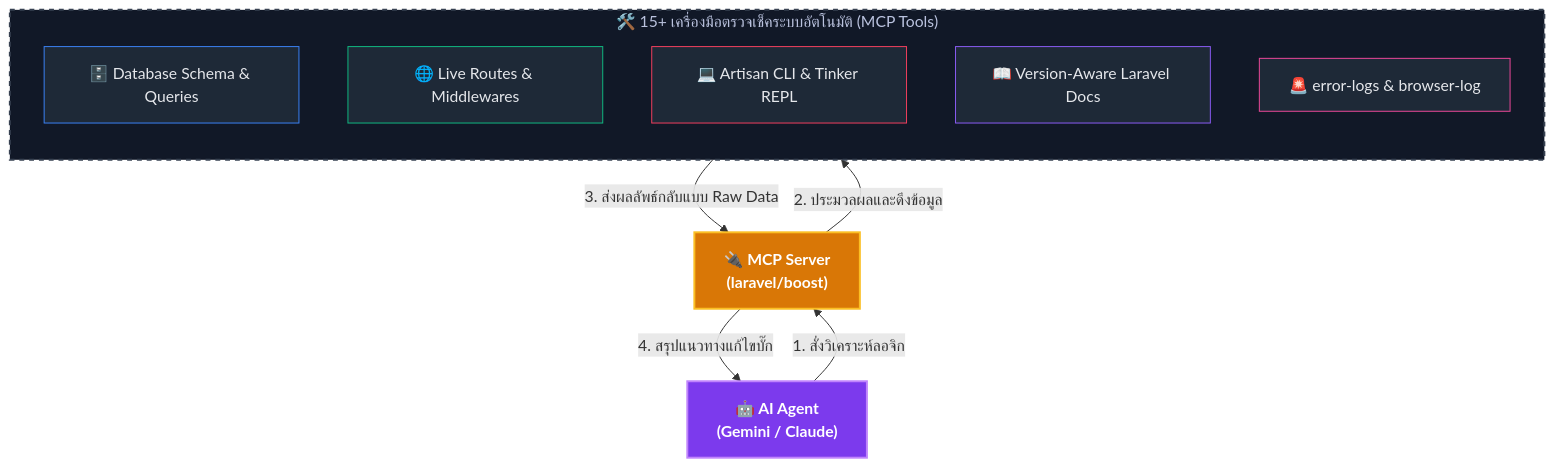
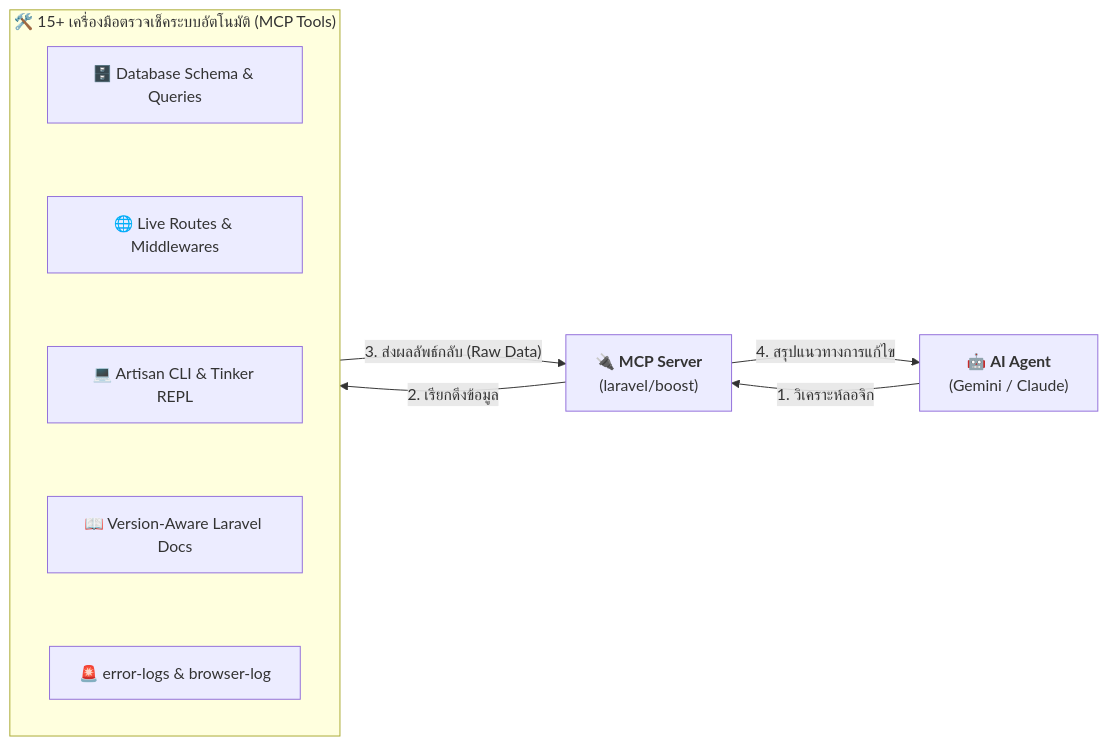
One commit to Krungsri/laravel-vibecode changed the seventh of 7 diagrams in 01-lesson.md. Above: the diagram before and after it, drawn with Mermaid. The commit also changed other lines of this file and 4 other files, not shown here.

Commit message:
style: apply professional navy theme, customize fonts, stack mcp diagram, and format docs

````diff
--- a/01-lesson.md
+++ b/01-lesson.md
@@ -948,30 +951,24 @@
 ```mermaid
-flowchart TD
+flowchart LR
     AI["🤖 <b>AI Agent</b><br>(Gemini / Claude)"]
     MCP["🔌 <b>MCP Server</b><br>(laravel/boost)"]
     
     subgraph tools ["🛠️ 15+ เครื่องมือตรวจเช็คระบบอัตโนมัติ (MCP Tools)"]
         direction TB
         DB["🗄️ Database Schema & Queries"]
         RT["🌐 Live Routes & Middlewares"]
         CLI["💻 Artisan CLI & Tinker REPL"]
         DOC["📖 Version-Aware Laravel Docs"]
         LOG["🚨 error-logs & browser-log"]
+        
+        DB ~~~ RT
+        RT ~~~ CLI
+        CLI ~~~ DOC
+        DOC ~~~ LOG
     end
 
-    AI -- "1. สั่งวิเคราะห์ลอจิก" --> MCP
-    MCP -- "2. ประมวลผลและดึงข้อมูล" --> tools
-    tools -- "3. ส่งผลลัพธ์กลับแบบ Raw Data" --> MCP
-    MCP -- "4. สรุปแนวทางแก้ไขบั๊ก" --> AI
-
-
-    style AI fill:#7c3aed,stroke:#c084fc,stroke-width:2px,color:#ffffff,font-weight:bold
-    style MCP fill:#d97706,stroke:#fbbf24,stroke-width:2px,color:#ffffff,font-weight:bold
-    style tools fill:#111827,stroke:#374151,stroke-width:2px,stroke-dasharray: 5 5,color:#bac2de
-    
-    style DB fill:#1e2937,stroke:#3b82f6,stroke-width:1px,color:#e5e7eb
-    style RT fill:#1e2937,stroke:#10b981,stroke-width:1px,color:#e5e7eb
-    style CLI fill:#1e2937,stroke:#f43f5e,stroke-width:1px,color:#e5e7eb
-    style DOC fill:#1e2937,stroke:#8b5cf6,stroke-width:1px,color:#e5e7eb
-    style LOG fill:#1e2937,stroke:#ec4899,stroke-width:1px,color:#e5e7eb
+    AI -- "1. วิเคราะห์ลอจิก" --> MCP
+    MCP -- "2. เรียกดึงข้อมูล" --> tools
+    tools -- "3. ส่งผลลัพธ์กลับ (Raw Data)" --> MCP
+    MCP -- "4. สรุปแนวทางการแก้ไข" --> AI
 ```
````
